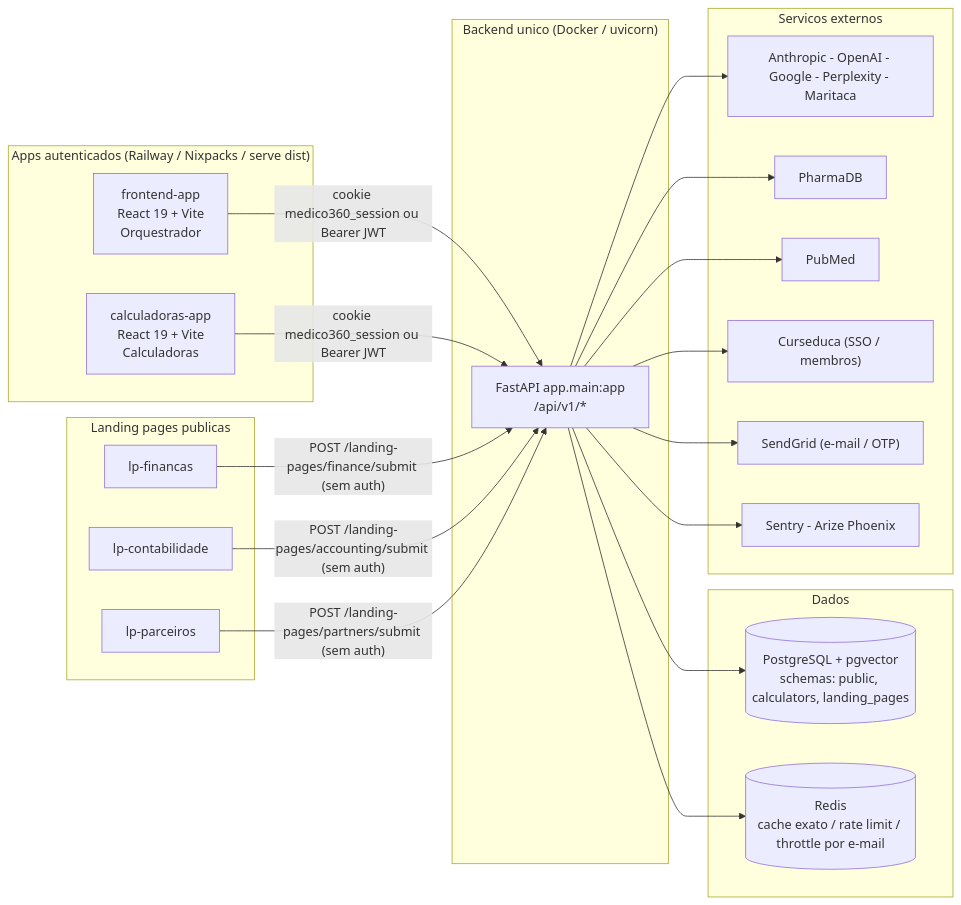
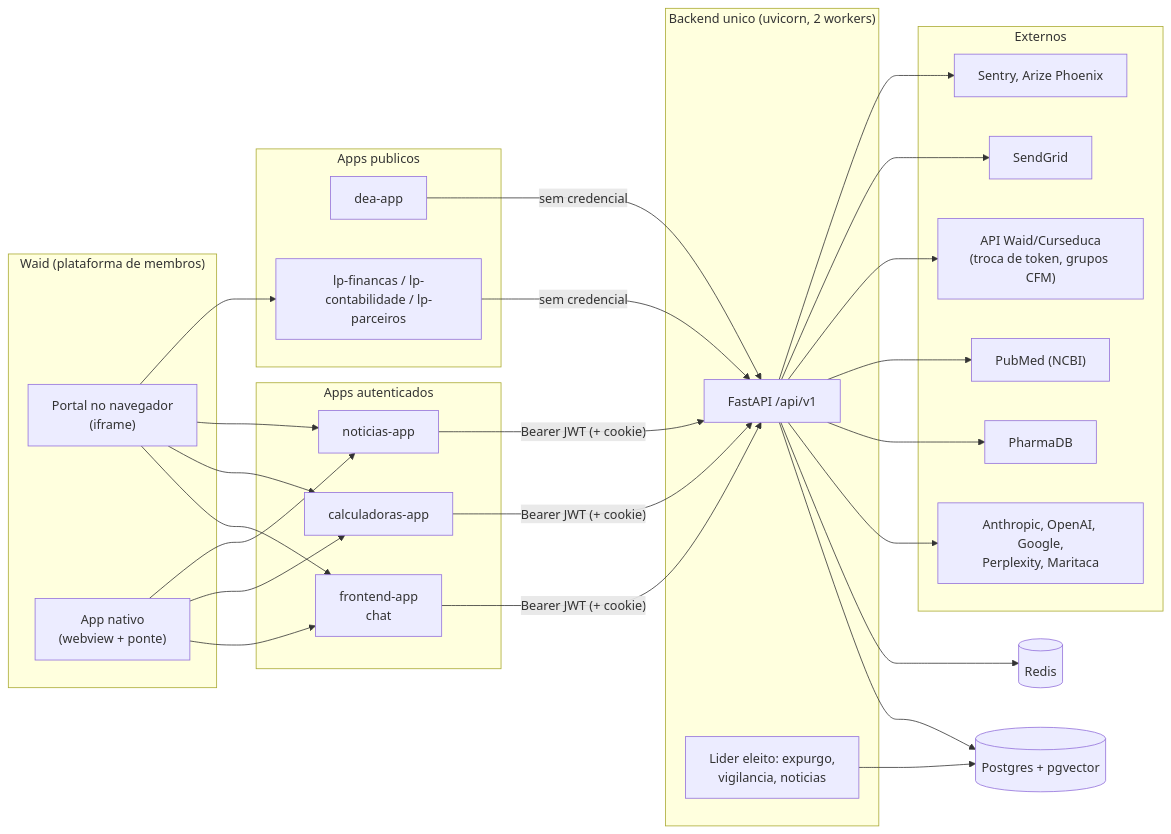
Before and after one commit to siedlarczyk-98/IA-Medico-360: the first of 3 diagrams in docs/ARQUITETURA_TECNICA.md, drawn with Mermaid. The commit also changed other lines of this file and 11 other files, not shown here.

````diff
--- a/docs/ARQUITETURA_TECNICA.md
+++ b/docs/ARQUITETURA_TECNICA.md
@@ -65,45 +72,43 @@
 ```mermaid
 flowchart LR
-    subgraph Apps["Apps autenticados (Railway / Nixpacks / serve dist)"]
-        FA["frontend-app<br/>React 19 + Vite<br/>Orquestrador"]
-        CA["calculadoras-app<br/>React 19 + Vite<br/>Calculadoras"]
+    subgraph Waid["Waid (plataforma de membros)"]
+        PORTAL["Portal no navegador<br/>(iframe)"]
+        NATIVO["App nativo<br/>(webview + ponte)"]
     end
 
-    subgraph LPs["Landing pages publicas"]
-        LF["lp-financas"]
-        LC["lp-contabilidade"]
-        LPP["lp-parceiros"]
+    subgraph Apps["Apps autenticados"]
+        FA["frontend-app<br/>chat"]
+        CA["calculadoras-app"]
+        NA["noticias-app"]
     end
 
-    subgraph Backend["Backend unico (Docker / uvicorn)"]
-        API["FastAPI app.main:app<br/>/api/v1/*"]
+    subgraph Publicos["Apps publicos"]
+        DEA["dea-app"]
+        LPS["lp-financas / lp-contabilidade / lp-parceiros"]
     end
 
-    subgraph Dados["Dados"]
-        PG[("PostgreSQL + pgvector<br/>schemas: public, calculators, landing_pages")]
-        RD[("Redis<br/>cache exato / rate limit / throttle por e-mail")]
+    subgraph Backend["Backend unico (uvicorn, 2 workers)"]
+        API["FastAPI /api/v1"]
+        LIDER["Lider eleito: expurgo,<br/>vigilancia, noticias"]
     end
 
-    subgraph Externos["Servicos externos"]
-        LLM["Anthropic - OpenAI - Google - Perplexity - Maritaca"]
-        PHARMA["PharmaDB"]
-        PUBMED["PubMed"]
-        CURSE["Curseduca (SSO / membros)"]
-        SG["SendGrid (e-mail / OTP)"]
-        OBS["Sentry - Arize Phoenix"]
+    PG[("Postgres + pgvector")]
+    RD[("Redis")]
+
+    subgraph Externos["Externos"]
+        LLM["Anthropic, OpenAI, Google,<br/>Perplexity, Maritaca"]
+        PH["PharmaDB"]
+        PM["PubMed (NCBI)"]
+        CUR["API Waid/Curseduca<br/>(troca de token, grupos CFM)"]
+        SG["SendGrid"]
+        OBS["Sentry, Arize Phoenix"]
     end
 
-    FA -- "cookie medico360_session ou Bearer JWT" --> API
-    CA -- "cookie medico360_session ou Bearer JWT" --> API
-    LF -- "POST /landing-pages/finance/submit (sem auth)" --> API
-    LC -- "POST /landing-pages/accounting/submit (sem auth)" --> API
-    LPP -- "POST /landing-pages/partners/submit (sem auth)" --> API
-    API --> PG
-    API --> RD
-    API --> LLM
-    API --> PHARMA
-    API --> PUBMED
-    API --> CURSE
-    API --> SG
-    API --> OBS
+    PORTAL --> FA & CA & NA & LPS
+    NATIVO --> FA & CA & NA
+    FA & CA & NA -- "Bearer JWT (+ cookie)" --> API
+    DEA & LPS -- "sem credencial" --> API
+    API --> PG & RD
+    API --> LLM & PH & PM & CUR & SG & OBS
+    LIDER --> PG
 ```
````
